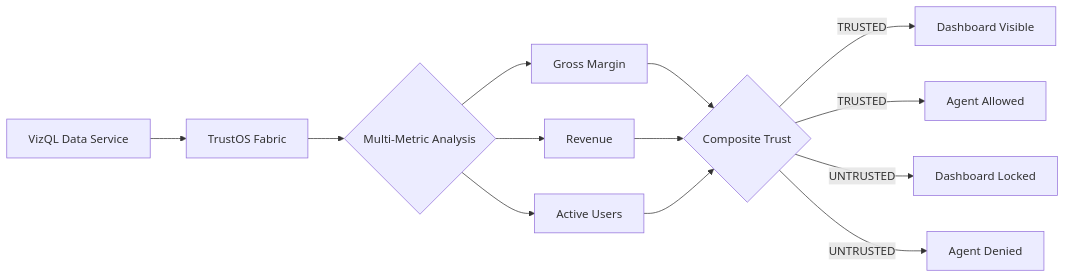
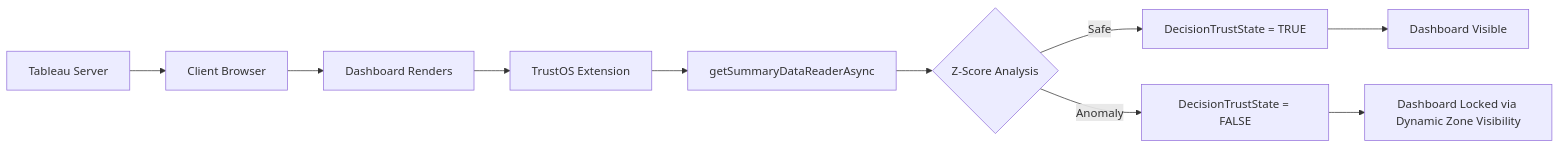
The diagram in README.md (t6harsh/TrustOS-Tableau), drawn with Mermaid before and after one commit. The commit also changed other lines of this file, not shown here.

Commit message:
Critical fixes: Honest architecture, Future State for AI, removed semantic buzzwords

````diff
--- a/README.md
+++ b/README.md
@@ -232,15 +211,12 @@
 ```mermaid
 flowchart LR
-    A[VizQL Data Service] --> B[TrustOS Fabric]
-    B --> C{Multi-Metric Analysis}
-    C --> D[Gross Margin]
-    C --> E[Revenue]
-    C --> F[Active Users]
-    D --> G{Composite Trust}
-    E --> G
-    F --> G
-    G -->|TRUSTED| H[Dashboard Visible]
-    G -->|TRUSTED| I[Agent Allowed]
-    G -->|UNTRUSTED| J[Dashboard Locked]
-    G -->|UNTRUSTED| K[Agent Denied]
+    A[Tableau Server] --> B[Client Browser]
+    B --> C[Dashboard Renders]
+    C --> D[TrustOS Extension]
+    D --> E[getSummaryDataReaderAsync]
+    E --> F{Z-Score Analysis}
+    F -->|Safe| G[DecisionTrustState = TRUE]
+    F -->|Anomaly| H[DecisionTrustState = FALSE]
+    G --> I[Dashboard Visible]
+    H --> J[Dashboard Locked via Dynamic Zone Visibility]
 ```
````
